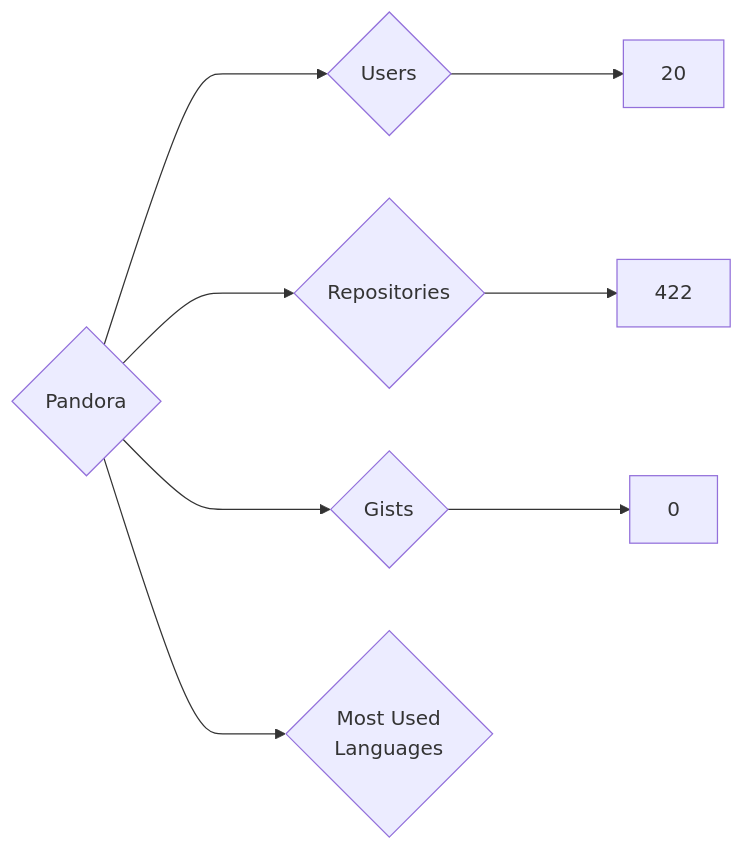
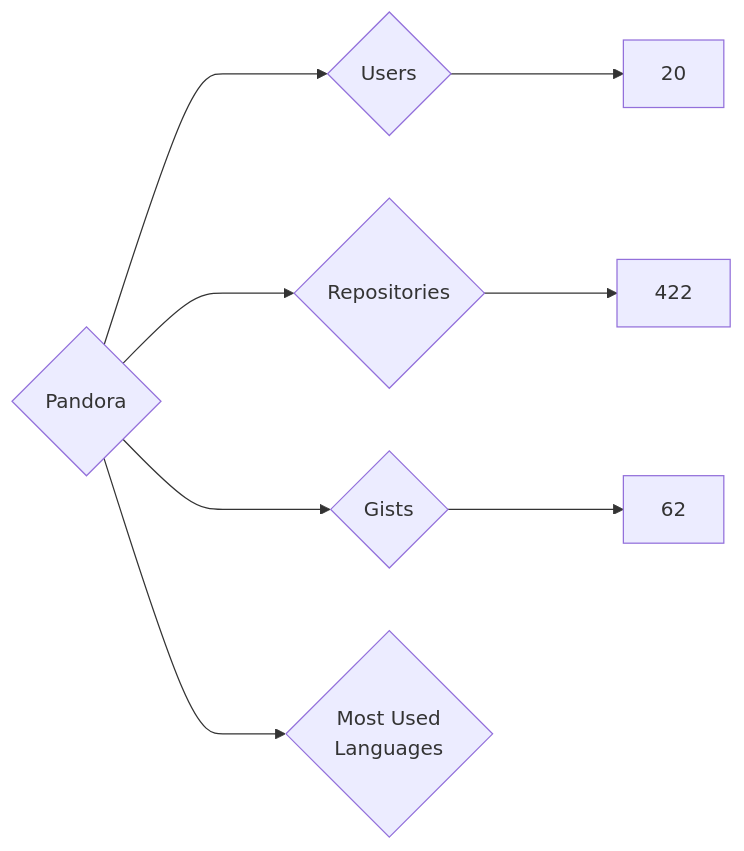
One commit to nenadzaric/insiders changed the diagram in targets/Pandora/README.md. Above: the diagram before and after it, drawn with Mermaid. The commit also changed 1342 other files, not shown here.

````diff
--- a/targets/Pandora/README.md
+++ b/targets/Pandora/README.md
@@ -3,8 +3,8 @@
 ```mermaid
 graph LR
 COMPANY_NAME{Pandora}
 COMPANY_NAME ---> U{Users} ---> UN[20]
 COMPANY_NAME ---> R{Repositories} ---> RN[422]
-COMPANY_NAME ---> G{Gists} ---> GN[0]
+COMPANY_NAME ---> G{Gists} ---> GN[62]
 COMPANY_NAME ---> ML{Most Used<br>Languages}
 ```
````
